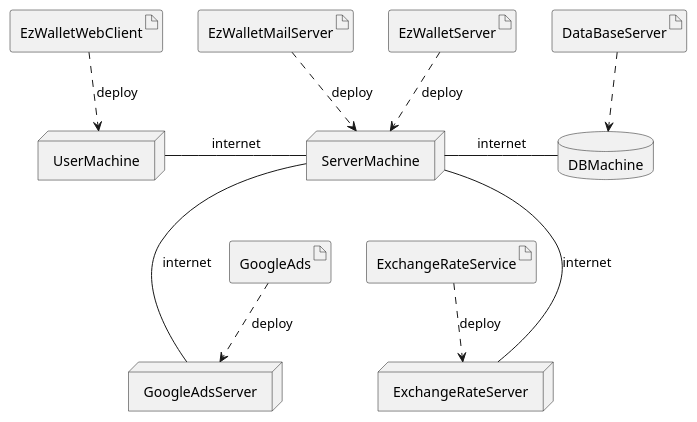
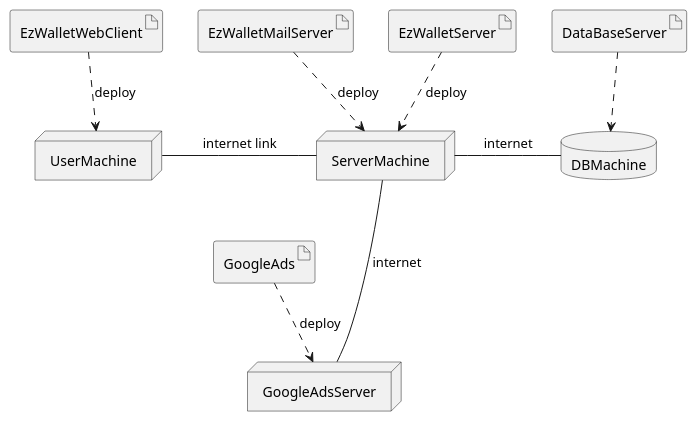
The fifth of 5 diagrams in RequirementsDocumentV2.md (lara-m2000/ezwallet), drawn with PlantUML before and after one commit. The commit also changed other lines of this file, not shown here.

````diff
--- a/RequirementsDocumentV2.md
+++ b/RequirementsDocumentV2.md
@@ -1328,43 +1302,36 @@
 ```plantuml
 @startuml
 
 artifact EzWalletMailServer
 artifact EzWalletServer
 node ServerMachine
 
 EzWalletServer ..> ServerMachine : deploy
 EzWalletMailServer ..> ServerMachine : deploy
 
 artifact DataBaseServer
 database DBMachine
 
 DataBaseServer ..> DBMachine
 
 
 
 ServerMachine - DBMachine : internet
 
 artifact EzWalletWebClient
 node UserMachine
 
 EzWalletWebClient ..> UserMachine : deploy
 
-UserMachine - ServerMachine : internet
+UserMachine - ServerMachine : internet link
 
 artifact GoogleAds
 node GoogleAdsServer
 
 GoogleAds ..> GoogleAdsServer : deploy
 
 ServerMachine --- GoogleAdsServer : internet
 
-artifact ExchangeRateService
-node ExchangeRateServer
-
-ServerMachine --- ExchangeRateServer : internet
-
-ExchangeRateService ..> ExchangeRateServer : deploy 
-
 
 @enduml
 ```
````
